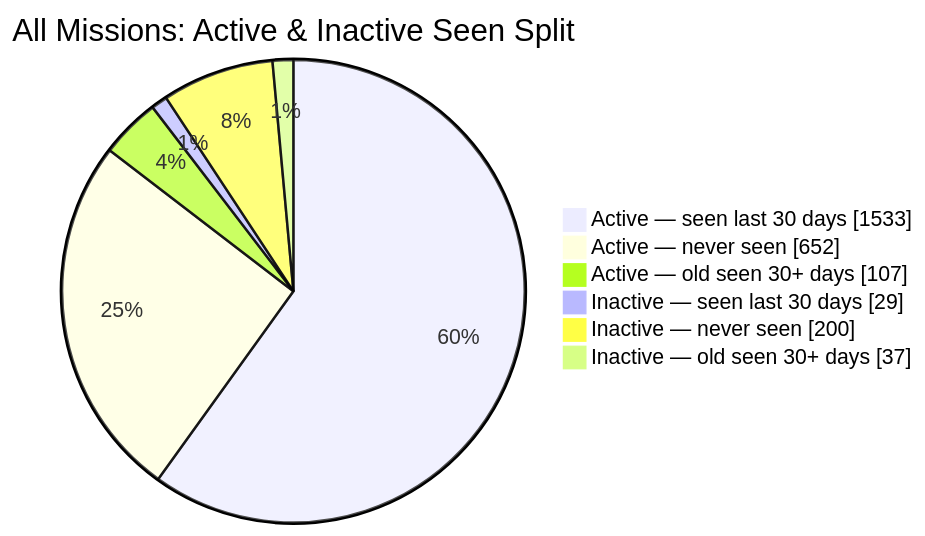
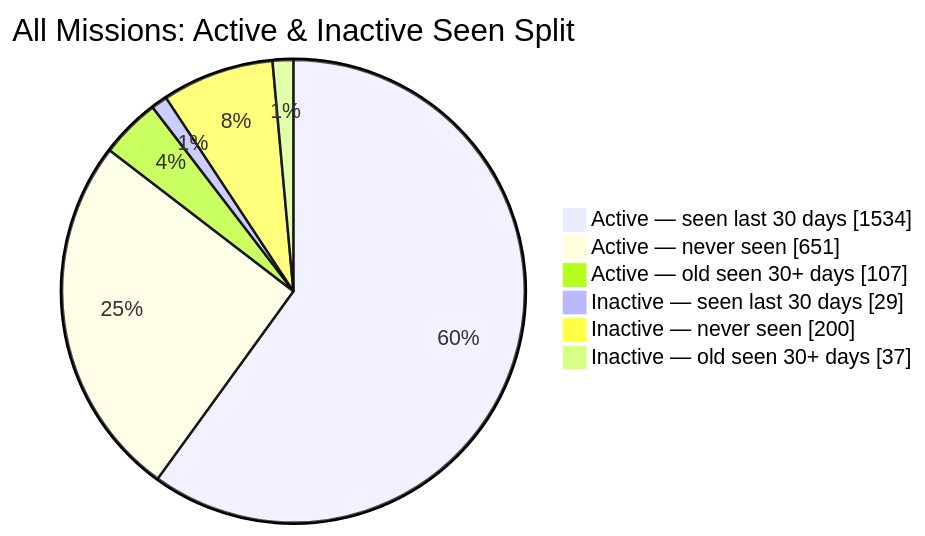
One commit to MeldkamerspelGameTeam/active-missions changed the second of 2 diagrams in README.md. Above: the diagram before and after it, drawn with Mermaid. The commit also changed other lines of this file and 3 other files, not shown here.

````diff
--- a/README.md
+++ b/README.md
@@ -44,10 +44,10 @@
 ```mermaid
 pie showData
     title All Missions: Active & Inactive Seen Split
-    "Active — seen last 30 days" : 1533
-    "Active — never seen" : 652
+    "Active — seen last 30 days" : 1534
+    "Active — never seen" : 651
     "Active — old seen 30+ days" : 107
     "Inactive — seen last 30 days" : 29
     "Inactive — never seen" : 200
     "Inactive — old seen 30+ days" : 37
 ```
````
